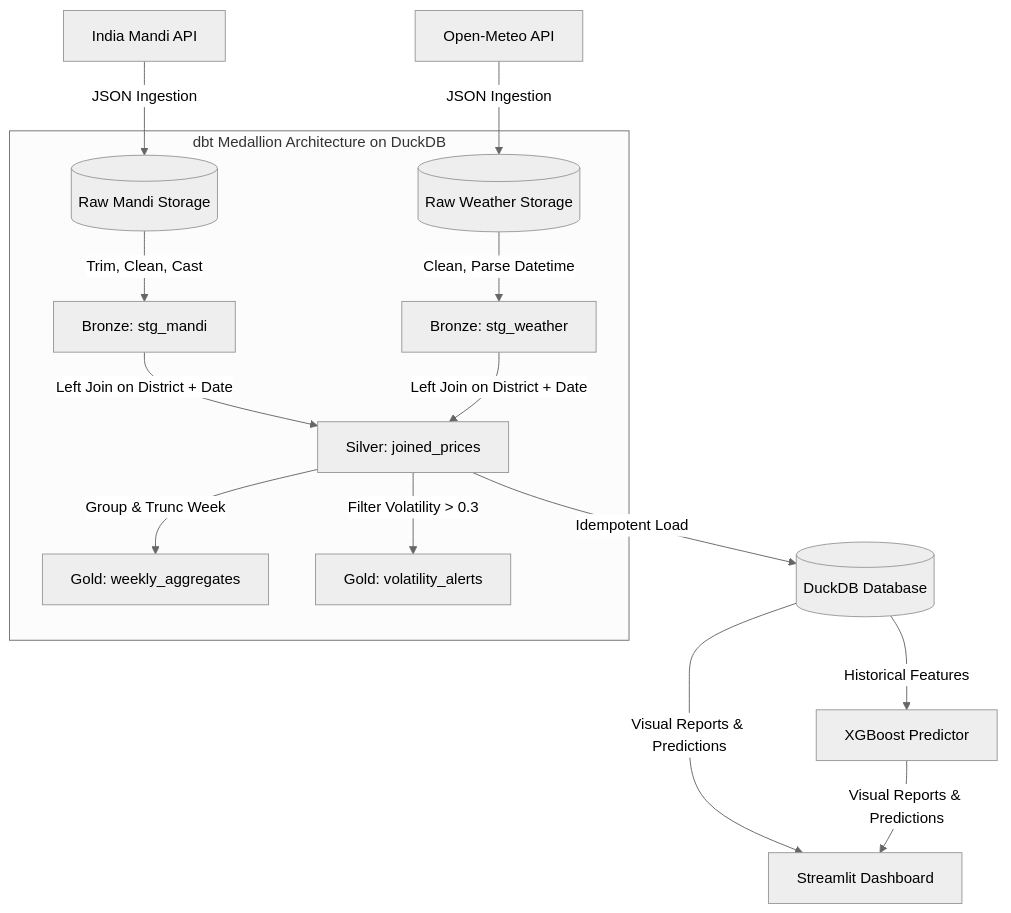
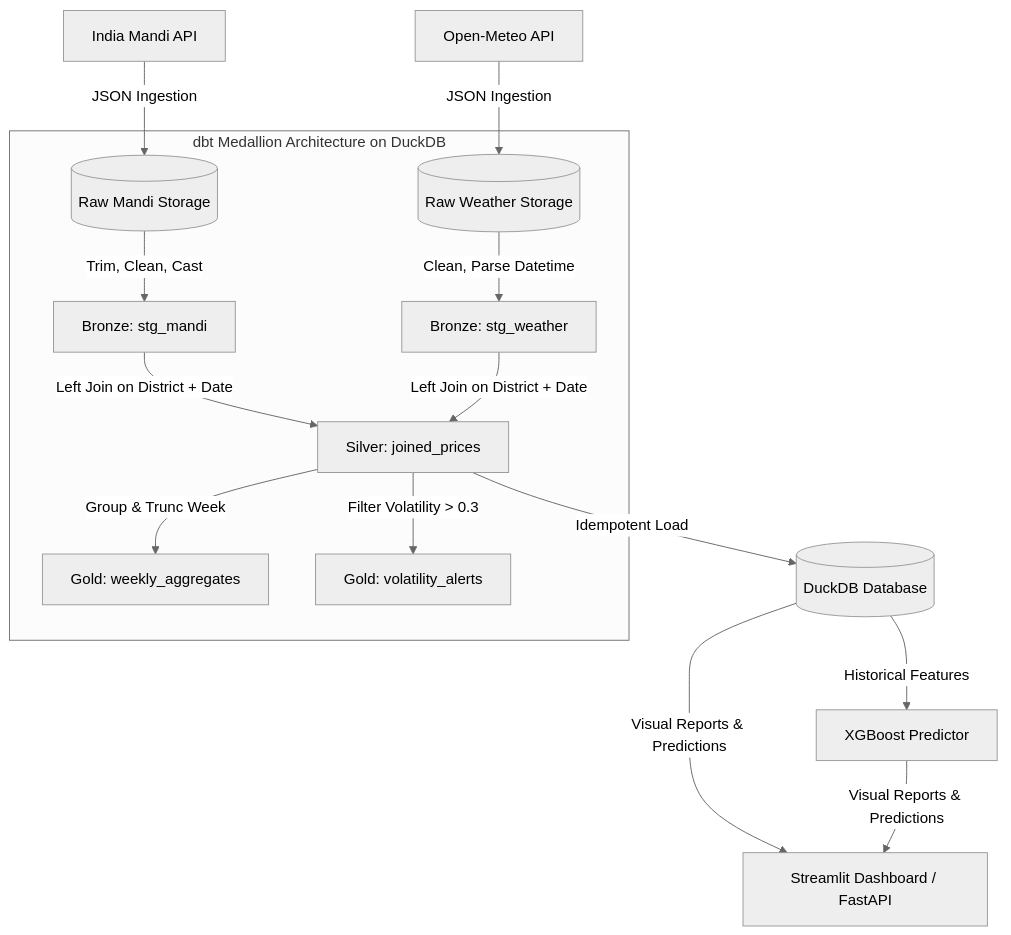
Before and after one commit to mithilgala-cmd/crop-weather-pipeline: the diagram in README.md, drawn with Mermaid (neutral theme). The commit also changed other lines of this file, not shown here.

Commit message:
docs: improve README with recruiter-ready architectural details, GenAI grounding, and case studies

````diff
--- a/README.md
+++ b/README.md
@@ -23,24 +13,24 @@
 ```mermaid
 graph TD
     %% Ingestion
     A1[India Mandi API] -->|JSON Ingestion| B1[(Raw Mandi Storage)]
     A2[Open-Meteo API] -->|JSON Ingestion| B2[(Raw Weather Storage)]
     
     %% dbt Medallion Architecture
     subgraph "dbt Medallion Architecture on DuckDB"
         B1 -->|Trim, Clean, Cast| C1[Bronze: stg_mandi]
         B2 -->|Clean, Parse Datetime| C2[Bronze: stg_weather]
         
         C1 -->|Left Join on District + Date| D[Silver: joined_prices]
         C2 -->|Left Join on District + Date| D[Silver: joined_prices]
         
         D -->|Group & Trunc Week| E1[Gold: weekly_aggregates]
         D -->|Filter Volatility > 0.3| E2[Gold: volatility_alerts]
     end
     
     %% Analytics & ML
     D -->|Idempotent Load| F[(DuckDB Database)]
     F -->|Historical Features| G[XGBoost Predictor]
-    F -->|Visual Reports & Predictions| H[Streamlit Dashboard]
-    G -->|Visual Reports & Predictions| H[Streamlit Dashboard]
+    F -->|Visual Reports & Predictions| H[Streamlit Dashboard / FastAPI]
+    G -->|Visual Reports & Predictions| H[Streamlit Dashboard / FastAPI]
 ```
````
